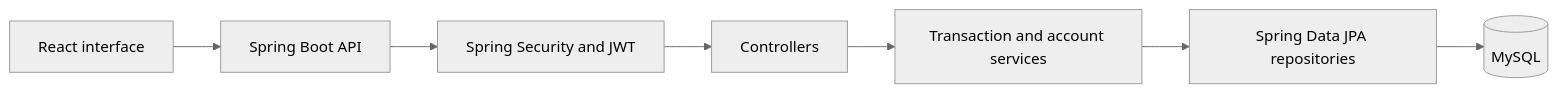
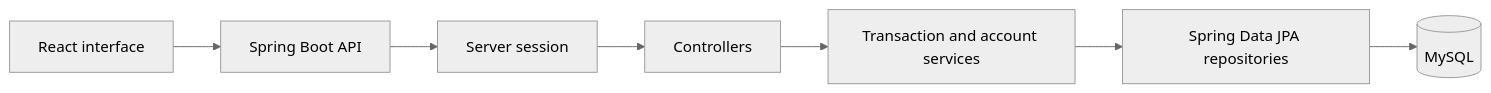
Before and after one commit to marvensj7/card-transaction-simulator: the first of 3 diagrams in outputs/01_Project_Proposal/03_Submission_Proposal.md, drawn with Mermaid (neutral theme). The commit also changed other lines of this file and 69 other files, not shown here.

````diff
--- a/outputs/01_Project_Proposal/03_Submission_Proposal.md
+++ b/outputs/01_Project_Proposal/03_Submission_Proposal.md
@@ -77,9 +77,9 @@
 ```mermaid
 flowchart LR
     A[React interface] --> B[Spring Boot API]
-    B --> C[Spring Security and JWT]
+    B --> C[Server session]
     C --> D[Controllers]
     D --> E[Transaction and account services]
     E --> F[Spring Data JPA repositories]
     F --> G[(MySQL)]
 ```
````
